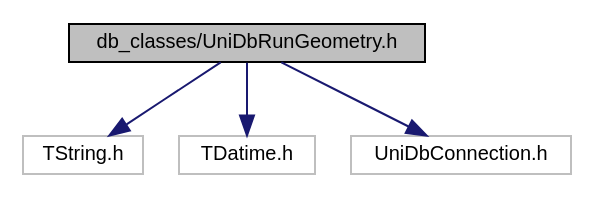
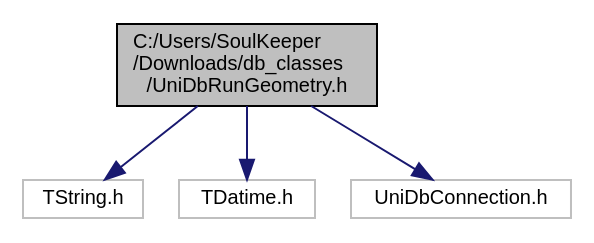
Before and after one commit to mam-mih-val/bmnroot: the diagram in uni_db/docs/ref_man/_uni_db_run_geometry_8h__incl.dot, drawn with Graphviz. The commit also changed 142 other files, not shown here.

```diff
--- a/uni_db/docs/ref_man/_uni_db_run_geometry_8h__incl.dot
+++ b/uni_db/docs/ref_man/_uni_db_run_geometry_8h__incl.dot
@@ -1,12 +1,12 @@
-digraph "db_classes/UniDbRunGeometry.h"
+digraph "C:/Users/SoulKeeper/Downloads/db_classes/UniDbRunGeometry.h"
 {
   edge [fontname="Helvetica",fontsize="10",labelfontname="Helvetica",labelfontsize="10"];
   node [fontname="Helvetica",fontsize="10",shape=record];
-  Node1 [label="db_classes/UniDbRunGeometry.h",height=0.2,width=0.4,color="black", fillcolor="grey75", style="filled", fontcolor="black"];
+  Node1 [label="C:/Users/SoulKeeper\l/Downloads/db_classes\l/UniDbRunGeometry.h",height=0.2,width=0.4,color="black", fillcolor="grey75", style="filled", fontcolor="black"];
   Node1 -> Node2 [color="midnightblue",fontsize="10",style="solid",fontname="Helvetica"];
   Node2 [label="TString.h",height=0.2,width=0.4,color="grey75", fillcolor="white", style="filled"];
   Node1 -> Node3 [color="midnightblue",fontsize="10",style="solid",fontname="Helvetica"];
   Node3 [label="TDatime.h",height=0.2,width=0.4,color="grey75", fillcolor="white", style="filled"];
   Node1 -> Node4 [color="midnightblue",fontsize="10",style="solid",fontname="Helvetica"];
   Node4 [label="UniDbConnection.h",height=0.2,width=0.4,color="grey75", fillcolor="white", style="filled"];
 }
```
